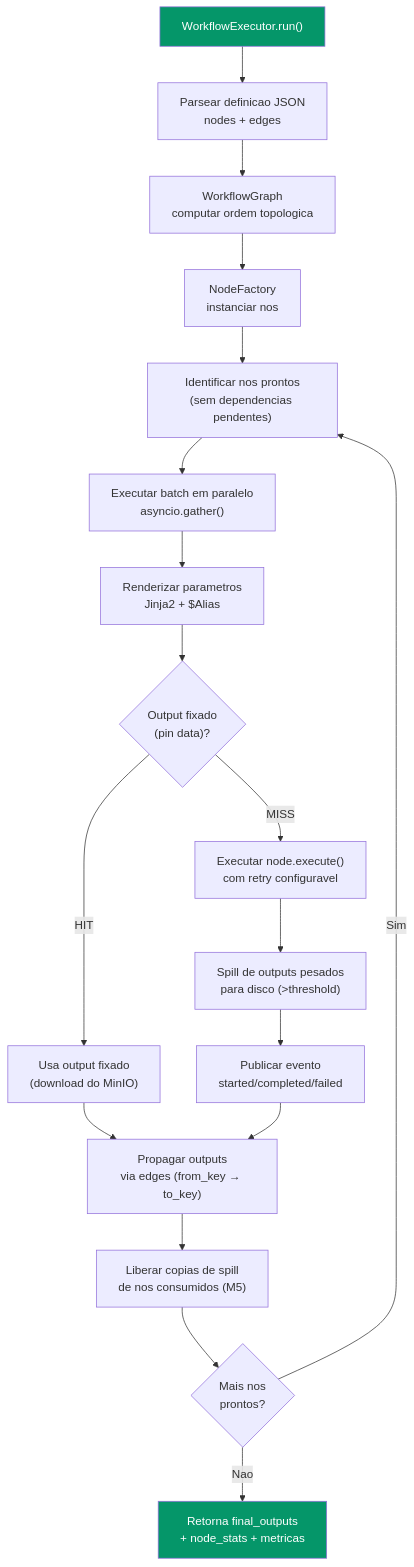
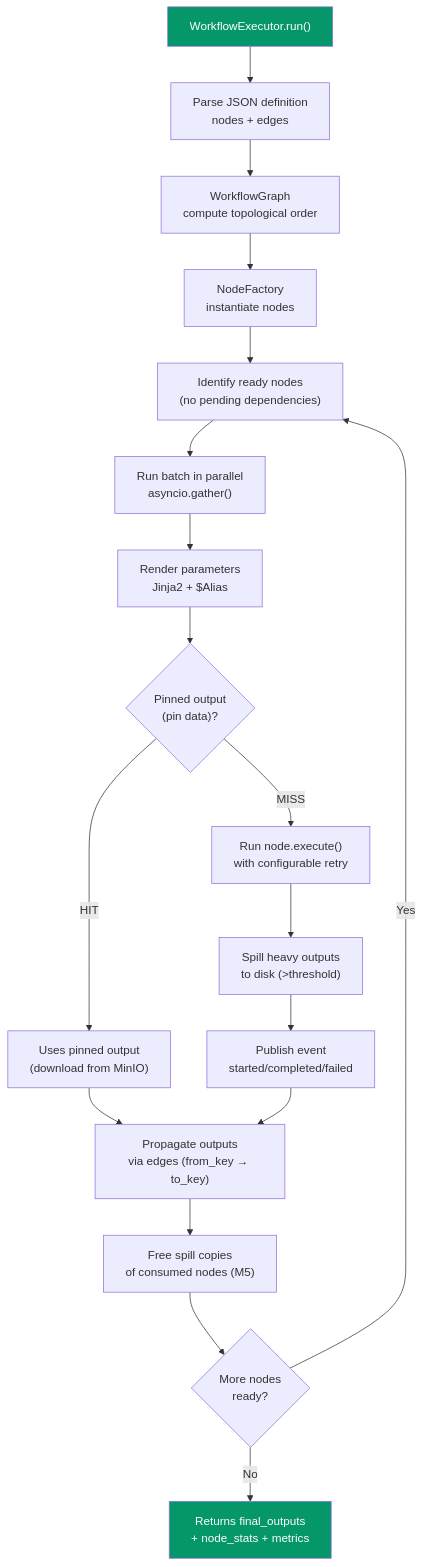
Before and after one commit to jlanio/atlans: the fourth of 15 diagrams in docs/architecture.md, drawn with Mermaid. The commit also changed other lines of this file and 41 other files, not shown here.

````diff
--- a/docs/architecture.md
+++ b/docs/architecture.md
@@ -364,28 +365,28 @@
 ```mermaid
 flowchart TD
-    START["WorkflowExecutor.run()"] --> PARSE["Parsear definicao JSON<br/>nodes + edges"]
-    PARSE --> GRAPH["WorkflowGraph<br/>computar ordem topologica"]
-    GRAPH --> FACTORY["NodeFactory<br/>instanciar nos"]
-    FACTORY --> BATCH["Identificar nos prontos<br/>(sem dependencias pendentes)"]
+    START["WorkflowExecutor.run()"] --> PARSE["Parse JSON definition<br/>nodes + edges"]
+    PARSE --> GRAPH["WorkflowGraph<br/>compute topological order"]
+    GRAPH --> FACTORY["NodeFactory<br/>instantiate nodes"]
+    FACTORY --> BATCH["Identify ready nodes<br/>(no pending dependencies)"]
 
-    BATCH --> PARALLEL["Executar batch em paralelo<br/>asyncio.gather()"]
+    BATCH --> PARALLEL["Run batch in parallel<br/>asyncio.gather()"]
 
-    PARALLEL --> RENDER["Renderizar parametros<br/>Jinja2 + $Alias"]
-    RENDER --> CHECK_PIN{"Output fixado<br/>(pin data)?"}
-    CHECK_PIN -->|"HIT"| PIN_HIT["Usa output fixado<br/>(download do MinIO)"]
-    CHECK_PIN -->|"MISS"| RETRY_LOOP["Executar node.execute()<br/>com retry configuravel"]
+    PARALLEL --> RENDER["Render parameters<br/>Jinja2 + $Alias"]
+    RENDER --> CHECK_PIN{"Pinned output<br/>(pin data)?"}
+    CHECK_PIN -->|"HIT"| PIN_HIT["Uses pinned output<br/>(download from MinIO)"]
+    CHECK_PIN -->|"MISS"| RETRY_LOOP["Run node.execute()<br/>with configurable retry"]
 
-    RETRY_LOOP --> SPILL["Spill de outputs pesados<br/>para disco (>threshold)"]
-    SPILL --> PUBLISH_EVENT["Publicar evento<br/>started/completed/failed"]
+    RETRY_LOOP --> SPILL["Spill heavy outputs<br/>to disk (>threshold)"]
+    SPILL --> PUBLISH_EVENT["Publish event<br/>started/completed/failed"]
 
     PIN_HIT --> PROPAGATE
-    PUBLISH_EVENT --> PROPAGATE["Propagar outputs<br/>via edges (from_key → to_key)"]
+    PUBLISH_EVENT --> PROPAGATE["Propagate outputs<br/>via edges (from_key → to_key)"]
 
-    PROPAGATE --> FREE["Liberar copias de spill<br/>de nos consumidos (M5)"]
-    FREE --> MORE{"Mais nos<br/>prontos?"}
-    MORE -->|"Sim"| BATCH
-    MORE -->|"Nao"| END["Retorna final_outputs<br/>+ node_stats + metricas"]
+    PROPAGATE --> FREE["Free spill copies<br/>of consumed nodes (M5)"]
+    FREE --> MORE{"More nodes<br/>ready?"}
+    MORE -->|"Yes"| BATCH
+    MORE -->|"No"| END["Returns final_outputs<br/>+ node_stats + metrics"]
 
     style START fill:#059669,color:#fff
     style END fill:#059669,color:#fff
 ```
````
